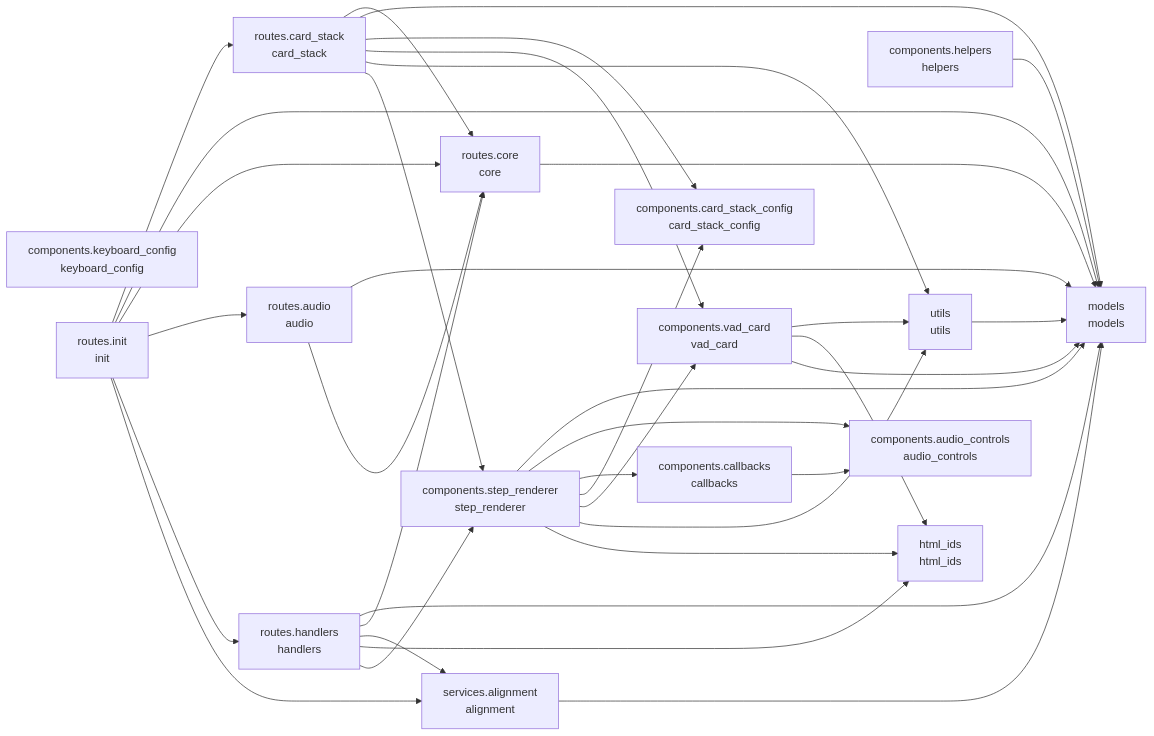
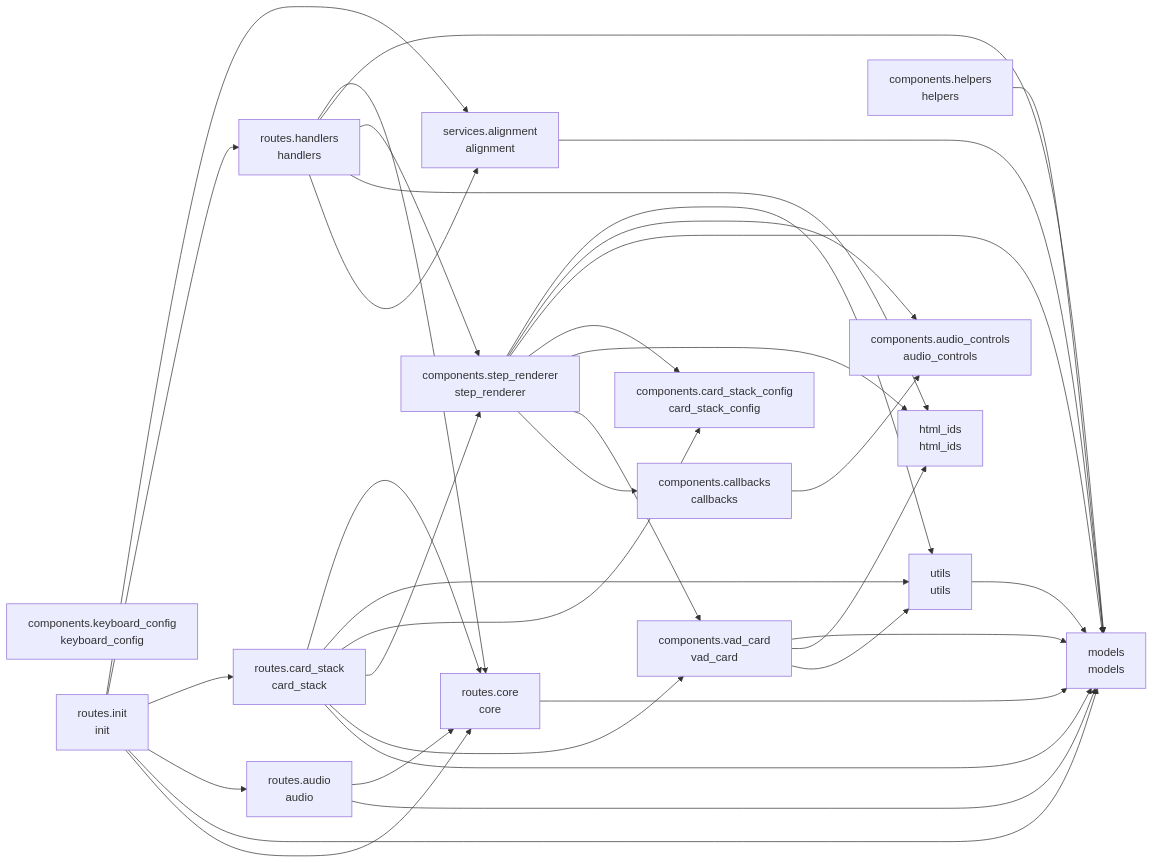
One commit to cj-mills/cjm-transcript-vad-align changed the diagram in README.md. Above: the diagram before and after it, drawn with Mermaid. The commit also changed other lines of this file and 4 other files, not shown here.

````diff
--- a/README.md
+++ b/README.md
@@ -39,54 +39,54 @@
 ``` mermaid
 graph LR
     components_audio_controls[components.audio_controls<br/>audio_controls]
     components_callbacks[components.callbacks<br/>callbacks]
     components_card_stack_config[components.card_stack_config<br/>card_stack_config]
     components_helpers[components.helpers<br/>helpers]
     components_keyboard_config[components.keyboard_config<br/>keyboard_config]
     components_step_renderer[components.step_renderer<br/>step_renderer]
     components_vad_card[components.vad_card<br/>vad_card]
     html_ids[html_ids<br/>html_ids]
     models[models<br/>models]
     routes_audio[routes.audio<br/>audio]
     routes_card_stack[routes.card_stack<br/>card_stack]
     routes_core[routes.core<br/>core]
     routes_handlers[routes.handlers<br/>handlers]
     routes_init[routes.init<br/>init]
     services_alignment[services.alignment<br/>alignment]
     utils[utils<br/>utils]
 
     components_callbacks --> components_audio_controls
     components_helpers --> models
+    components_step_renderer --> utils
+    components_step_renderer --> components_audio_controls
     components_step_renderer --> models
-    components_step_renderer --> components_audio_controls
+    components_step_renderer --> components_card_stack_config
+    components_step_renderer --> html_ids
+    components_step_renderer --> components_vad_card
     components_step_renderer --> components_callbacks
-    components_step_renderer --> components_card_stack_config
-    components_step_renderer --> components_vad_card
-    components_step_renderer --> utils
-    components_step_renderer --> html_ids
+    components_vad_card --> models
+    components_vad_card --> html_ids
     components_vad_card --> utils
-    components_vad_card --> html_ids
-    components_vad_card --> models
+    routes_audio --> routes_core
     routes_audio --> models
-    routes_audio --> routes_core
     routes_card_stack --> routes_core
+    routes_card_stack --> utils
+    routes_card_stack --> components_card_stack_config
+    routes_card_stack --> components_step_renderer
+    routes_card_stack --> components_vad_card
     routes_card_stack --> models
-    routes_card_stack --> components_card_stack_config
-    routes_card_stack --> components_vad_card
-    routes_card_stack --> utils
-    routes_card_stack --> components_step_renderer
     routes_core --> models
+    routes_handlers --> routes_core
     routes_handlers --> models
-    routes_handlers --> routes_core
+    routes_handlers --> components_step_renderer
+    routes_handlers --> html_ids
     routes_handlers --> services_alignment
-    routes_handlers --> html_ids
-    routes_handlers --> components_step_renderer
+    routes_init --> services_alignment
+    routes_init --> routes_handlers
     routes_init --> routes_card_stack
+    routes_init --> routes_audio
     routes_init --> models
     routes_init --> routes_core
-    routes_init --> routes_audio
-    routes_init --> routes_handlers
-    routes_init --> services_alignment
     services_alignment --> models
     utils --> models
 ```
````
